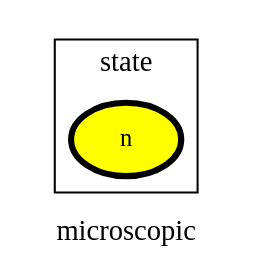
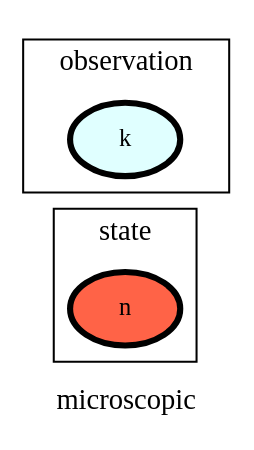
Before and after one commit to heinz-preisig/processes_distributed_no_interface_eqs: the diagram in ontology_graphs/graph__microscopic.dot, drawn with Graphviz. The commit also changed 72 other files, not shown here.

```diff
--- a/ontology_graphs/graph__microscopic.dot
+++ b/ontology_graphs/graph__microscopic.dot
@@ -1,60 +1,61 @@
 digraph microscopic {
 label=microscopic;
 rankdir=LR;
 subgraph cluster_microscopic___network {
 label=network;
 rankdir=LR;
 }
 
 subgraph cluster_microscopic___differenceOperator {
 label=differenceOperator;
 rankdir=LR;
 }
 
 subgraph cluster_microscopic___frame {
 label=frame;
 rankdir=LR;
 }
 
 subgraph cluster_microscopic___state {
 label=state;
 rankdir=LR;
-V_1 [fillcolor=yellow, fontsize=12, label=n, penwidth=3, style=filled];
+V_1 [fillcolor=tomato, fontsize=12, label=n, penwidth=3, style=filled];
 }
 
 subgraph cluster_microscopic___constant {
 label=constant;
 rankdir=LR;
 }
 
 subgraph cluster_microscopic___effort {
 label=effort;
 rankdir=LR;
 }
 
 subgraph cluster_microscopic___secondaryState {
 label=secondaryState;
 rankdir=LR;
 }
 
 subgraph cluster_microscopic___diffState {
 label=diffState;
 rankdir=LR;
 }
 
 subgraph cluster_microscopic___conversion {
 label=conversion;
 rankdir=LR;
 }
 
 subgraph cluster_microscopic___controlInput {
 label=controlInput;
 rankdir=LR;
 }
 
 subgraph cluster_microscopic___observation {
 label=observation;
 rankdir=LR;
+V_2 [fillcolor=lightcyan, fontsize=12, label=k, penwidth=3, style=filled];
 }
 
 }
```
